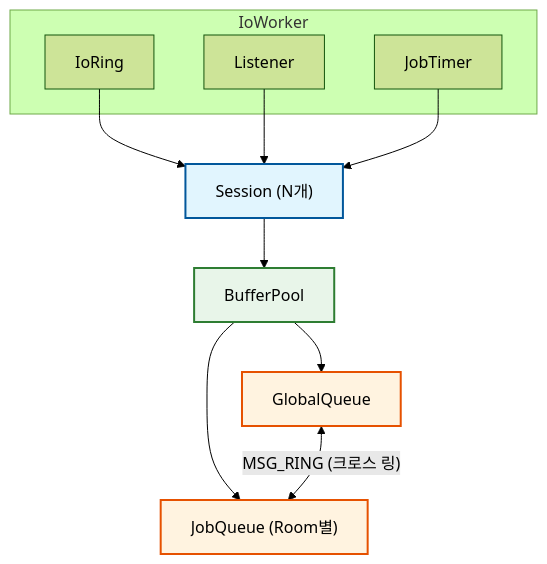
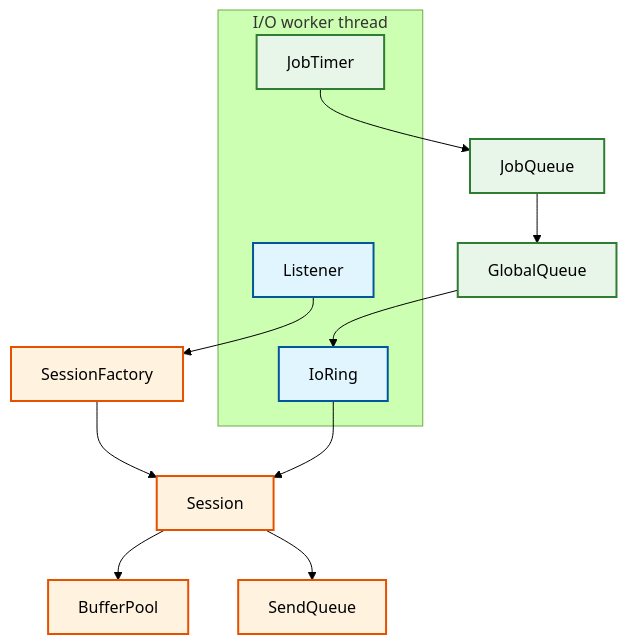
The second of 6 diagrams in docs/server/ServerCorePortfolio.qmd (mint-cocoa/portfolio), drawn with Mermaid (forest theme) before and after one commit. The commit also changed other lines of this file and 1 other file, not shown here.

Commit message:
Refocus server portfolio on runtime core

````diff
--- a/docs/server/ServerCorePortfolio.qmd
+++ b/docs/server/ServerCorePortfolio.qmd
@@ -135,32 +132,23 @@
 ```{mermaid}
-%%| label: fig-architecture-simplified
-%%| fig-cap: "ServerCore v4 코어 아키텍처"
+%%| label: fig-core-architecture
+%%| fig-cap: "Runtime core 내부 구성"
 graph TD
-    classDef session fill:#e1f5fe,stroke:#01579b,stroke-width:2px,color:#000
-    classDef pool fill:#e8f5e9,stroke:#2e7d32,stroke-width:2px,color:#000
-    classDef queue fill:#fff3e0,stroke:#e65100,stroke-width:2px,color:#000
+    classDef ring fill:#e1f5fe,stroke:#01579b,stroke-width:2px,color:#000
+    classDef session fill:#fff3e0,stroke:#e65100,stroke-width:2px,color:#000
+    classDef queue fill:#e8f5e9,stroke:#2e7d32,stroke-width:2px,color:#000
 
-    subgraph IoWorker["IoWorker"]
-        IoRing["IoRing"]
-        Listener["Listener"]
-        JobTimer["JobTimer"]
+    subgraph Worker["I/O worker thread"]
+        IoRing["IoRing"]:::ring
+        Listener["Listener"]:::ring
+        JobTimer["JobTimer"]:::queue
     end
 
+    Listener --> SessionFactory["SessionFactory"]:::session
+    SessionFactory --> Session["Session"]:::session
     IoRing --> Session
-    Listener --> Session
-    JobTimer --> Session
-
-    Session["Session (N개)"]:::session
-
-    Session --> BufferPool
-
-    BufferPool["BufferPool"]:::pool
-
-    BufferPool --> GlobalQueue
-    BufferPool --> JobQueue
-
-    GlobalQueue["GlobalQueue"]:::queue
-    JobQueue["JobQueue (Room별)"]:::queue
-
-    GlobalQueue <-->|"MSG_RING (크로스 링)"| JobQueue
+    Session --> BufferPool["BufferPool"]:::session
+    Session --> SendQueue["SendQueue"]:::session
+    JobTimer --> JobQueue["JobQueue"]:::queue
+    JobQueue --> GlobalQueue["GlobalQueue"]:::queue
+    GlobalQueue --> IoRing
 ```
````
